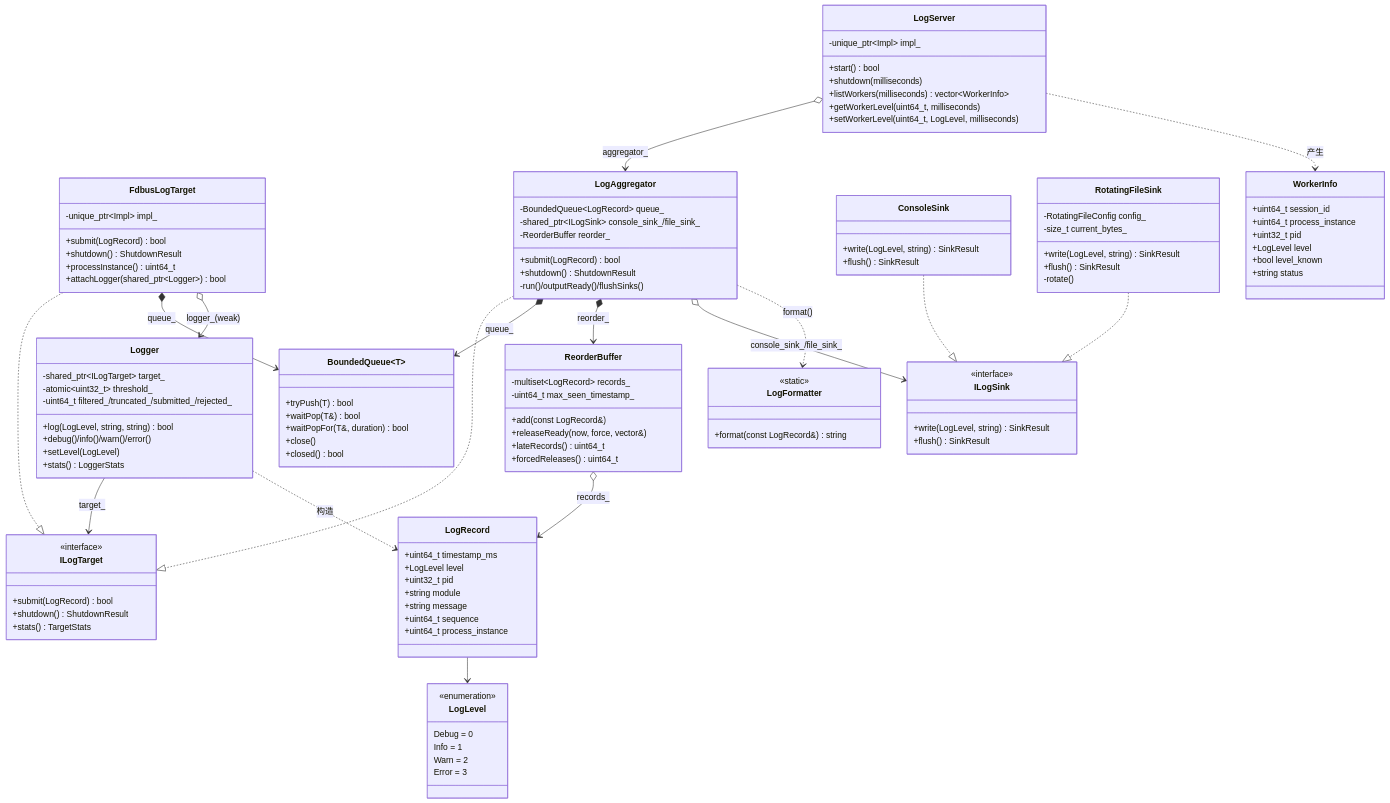
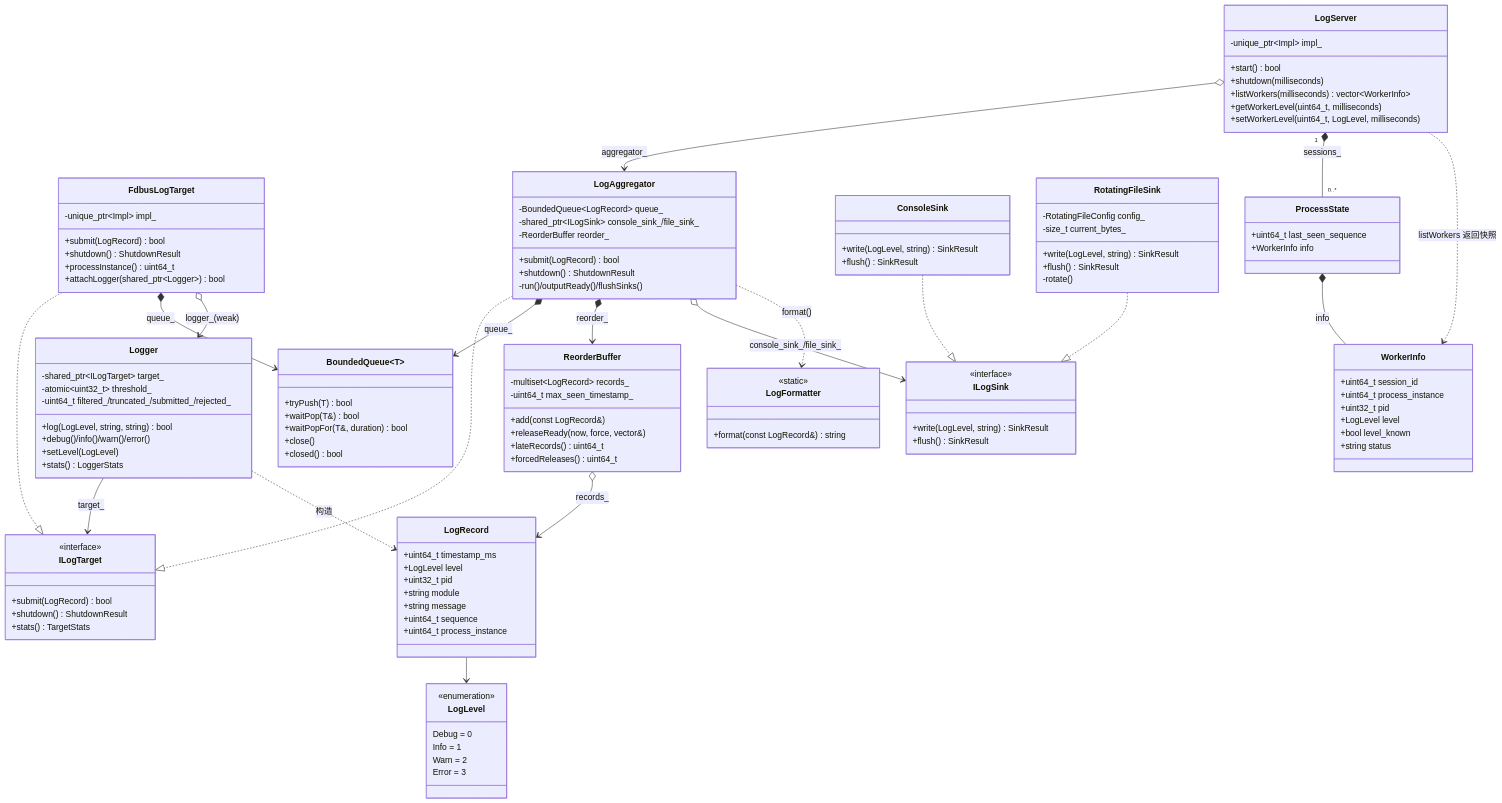
The first of 5 diagrams in docs/design.md (3218158258h/logsystem), drawn with Mermaid before and after one commit. The commit also changed other lines of this file and 23 other files, not shown here.

````diff
--- a/docs/design.md
+++ b/docs/design.md
@@ -107,6 +107,11 @@
         +format(const LogRecord&) string
     }
 
+    class ProcessState {
+        +uint64_t last_seen_sequence
+        +WorkerInfo info
+    }
+
     class WorkerInfo {
         +uint64_t session_id
         +uint64_t process_instance
@@ -135,5 +140,7 @@
 
     ReorderBuffer o--> LogRecord : records_
     LogServer o--> LogAggregator : aggregator_
-    LogServer ..> WorkerInfo : 产生
+    LogServer "1" *-- "0..*" ProcessState : sessions_
+    ProcessState *-- WorkerInfo : info
+    LogServer ..> WorkerInfo : listWorkers 返回快照
 ```
````
